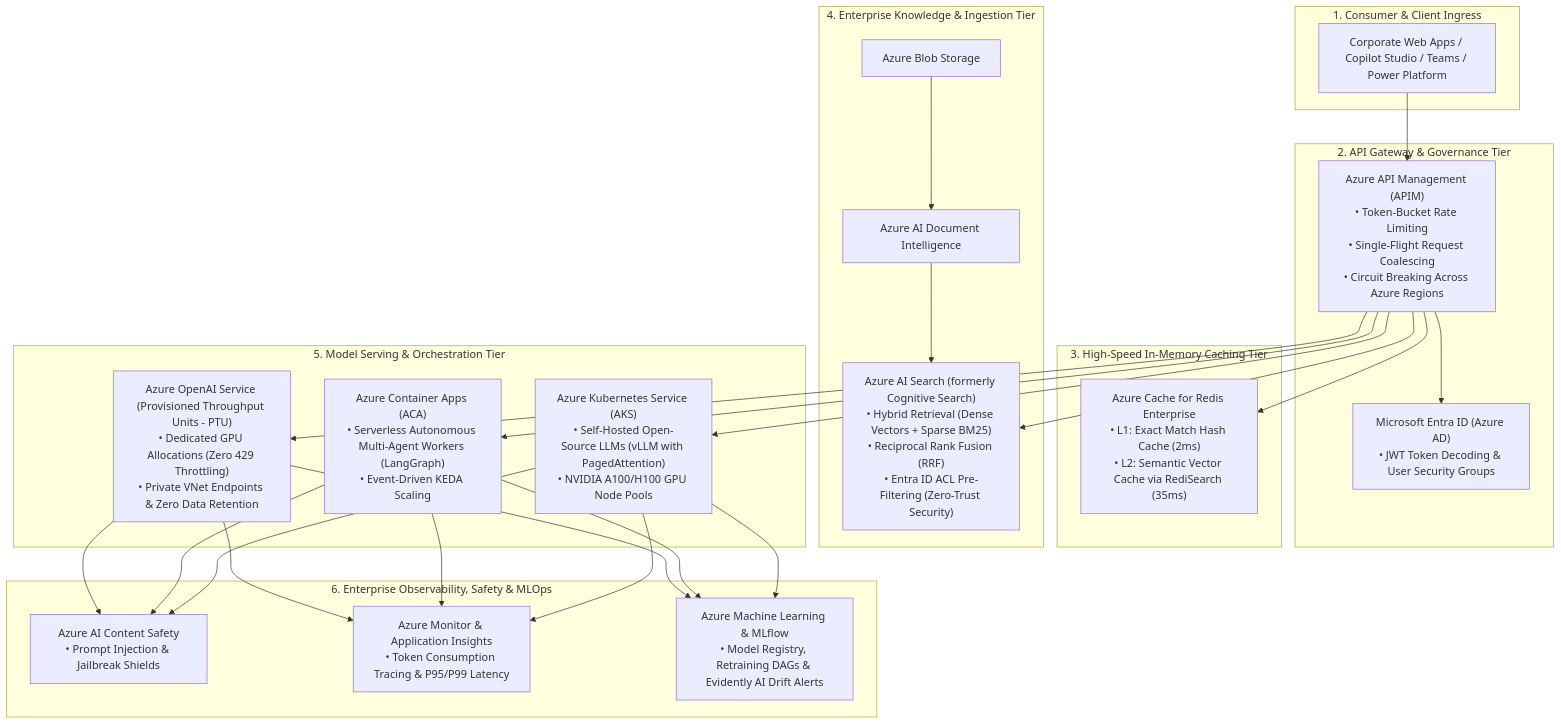
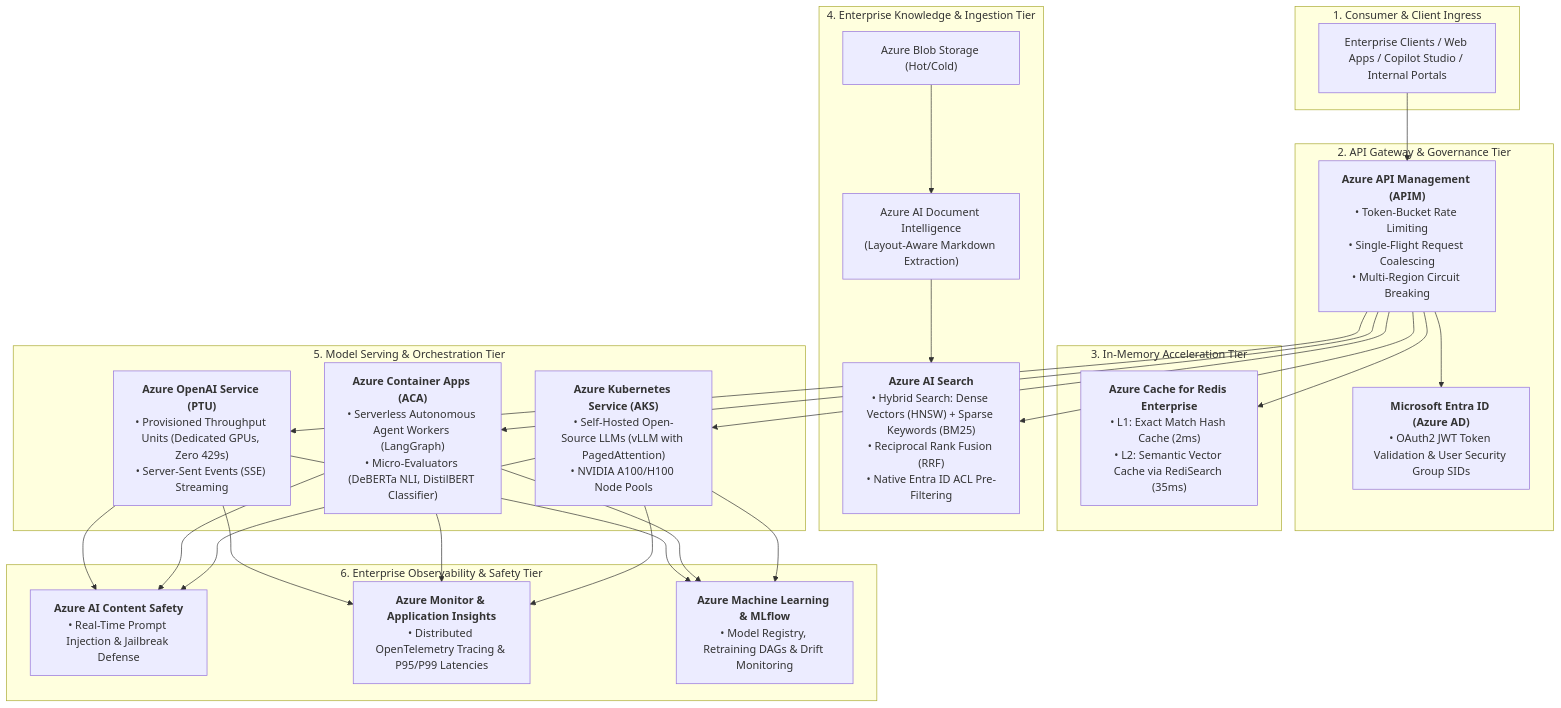
The second of 10 diagrams in README_V2.md (rahulkumarjha26/genai-study-materials), drawn with Mermaid before and after one commit. The commit also changed other lines of this file, not shown here.

Commit message:
Reboot README_V2.md with Teacher-First Framework, 1:1 Flowchart Alignment, Jargon Decoders, and Zero Repetition

````diff
--- a/README_V2.md
+++ b/README_V2.md
@@ -52,33 +54,33 @@
 ```mermaid
 flowchart TD
     subgraph CLIENT_LAYER["1. Consumer & Client Ingress"]
-        Clients["Corporate Web Apps / Copilot Studio / Teams / Power Platform"]
+        Clients["Enterprise Clients / Web Apps / Copilot Studio / Internal Portals"]
     end
 
     subgraph GATEWAY_LAYER["2. API Gateway & Governance Tier"]
-        Clients --> APIM["Azure API Management (APIM)<br/>• Token-Bucket Rate Limiting<br/>• Single-Flight Request Coalescing<br/>• Circuit Breaking Across Azure Regions"]
-        APIM --> EntraID["Microsoft Entra ID (Azure AD)<br/>• JWT Token Decoding & User Security Groups"]
+        Clients --> APIM["<b>Azure API Management (APIM)</b><br/>• Token-Bucket Rate Limiting<br/>• Single-Flight Request Coalescing<br/>• Multi-Region Circuit Breaking"]
+        APIM --> EntraID["<b>Microsoft Entra ID (Azure AD)</b><br/>• OAuth2 JWT Token Validation & User Security Group SIDs"]
     end
 
-    subgraph CACHING_LAYER["3. High-Speed In-Memory Caching Tier"]
-        APIM --> Redis["Azure Cache for Redis Enterprise<br/>• L1: Exact Match Hash Cache (2ms)<br/>• L2: Semantic Vector Cache via RediSearch (35ms)"]
+    subgraph CACHING_LAYER["3. In-Memory Acceleration Tier"]
+        APIM --> Redis["<b>Azure Cache for Redis Enterprise</b><br/>• L1: Exact Match Hash Cache (2ms)<br/>• L2: Semantic Vector Cache via RediSearch (35ms)"]
     end
 
     subgraph SEARCH_LAYER["4. Enterprise Knowledge & Ingestion Tier"]
-        APIM --> Search["Azure AI Search (formerly Cognitive Search)<br/>• Hybrid Retrieval (Dense Vectors + Sparse BM25)<br/>• Reciprocal Rank Fusion (RRF)<br/>• Entra ID ACL Pre-Filtering (Zero-Trust Security)"]
-        DocIntel["Azure AI Document Intelligence"] --> Search
-        Blob["Azure Blob Storage"] --> DocIntel
+        APIM --> Search["<b>Azure AI Search</b><br/>• Hybrid Search: Dense Vectors (HNSW) + Sparse Keywords (BM25)<br/>• Reciprocal Rank Fusion (RRF)<br/>• Native Entra ID ACL Pre-Filtering"]
+        DocIntel["Azure AI Document Intelligence<br/>(Layout-Aware Markdown Extraction)"] --> Search
+        Blob["Azure Blob Storage (Hot/Cold)"] --> DocIntel
     end
 
     subgraph COMPUTE_LAYER["5. Model Serving & Orchestration Tier"]
-        APIM --> PTU["Azure OpenAI Service (Provisioned Throughput Units - PTU)<br/>• Dedicated GPU Allocations (Zero 429 Throttling)<br/>• Private VNet Endpoints & Zero Data Retention"]
-        APIM --> ACA["Azure Container Apps (ACA)<br/>• Serverless Autonomous Multi-Agent Workers (LangGraph)<br/>• Event-Driven KEDA Scaling"]
-        APIM --> AKS["Azure Kubernetes Service (AKS)<br/>• Self-Hosted Open-Source LLMs (vLLM with PagedAttention)<br/>• NVIDIA A100/H100 GPU Node Pools"]
+        APIM --> PTU["<b>Azure OpenAI Service (PTU)</b><br/>• Provisioned Throughput Units (Dedicated GPUs, Zero 429s)<br/>• Server-Sent Events (SSE) Streaming"]
+        APIM --> ACA["<b>Azure Container Apps (ACA)</b><br/>• Serverless Autonomous Agent Workers (LangGraph)<br/>• Micro-Evaluators (DeBERTa NLI, DistilBERT Classifier)"]
+        APIM --> AKS["<b>Azure Kubernetes Service (AKS)</b><br/>• Self-Hosted Open-Source LLMs (vLLM with PagedAttention)<br/>• NVIDIA A100/H100 Node Pools"]
     end
 
-    subgraph GOVERNANCE_LAYER["6. Enterprise Observability, Safety & MLOps"]
-        PTU & ACA & AKS --> Safety["Azure AI Content Safety<br/>• Prompt Injection & Jailbreak Shields"]
-        PTU & ACA & AKS --> Monitor["Azure Monitor & Application Insights<br/>• Token Consumption Tracing & P95/P99 Latency"]
-        PTU & ACA & AKS --> AzureML["Azure Machine Learning & MLflow<br/>• Model Registry, Retraining DAGs & Evidently AI Drift Alerts"]
+    subgraph GOVERNANCE_LAYER["6. Enterprise Observability & Safety Tier"]
+        PTU & ACA & AKS --> Safety["<b>Azure AI Content Safety</b><br/>• Real-Time Prompt Injection & Jailbreak Defense"]
+        PTU & ACA & AKS --> Monitor["<b>Azure Monitor & Application Insights</b><br/>• Distributed OpenTelemetry Tracing & P95/P99 Latencies"]
+        PTU & ACA & AKS --> AzureML["<b>Azure Machine Learning & MLflow</b><br/>• Model Registry, Retraining DAGs & Drift Monitoring"]
     end
 ```
````
